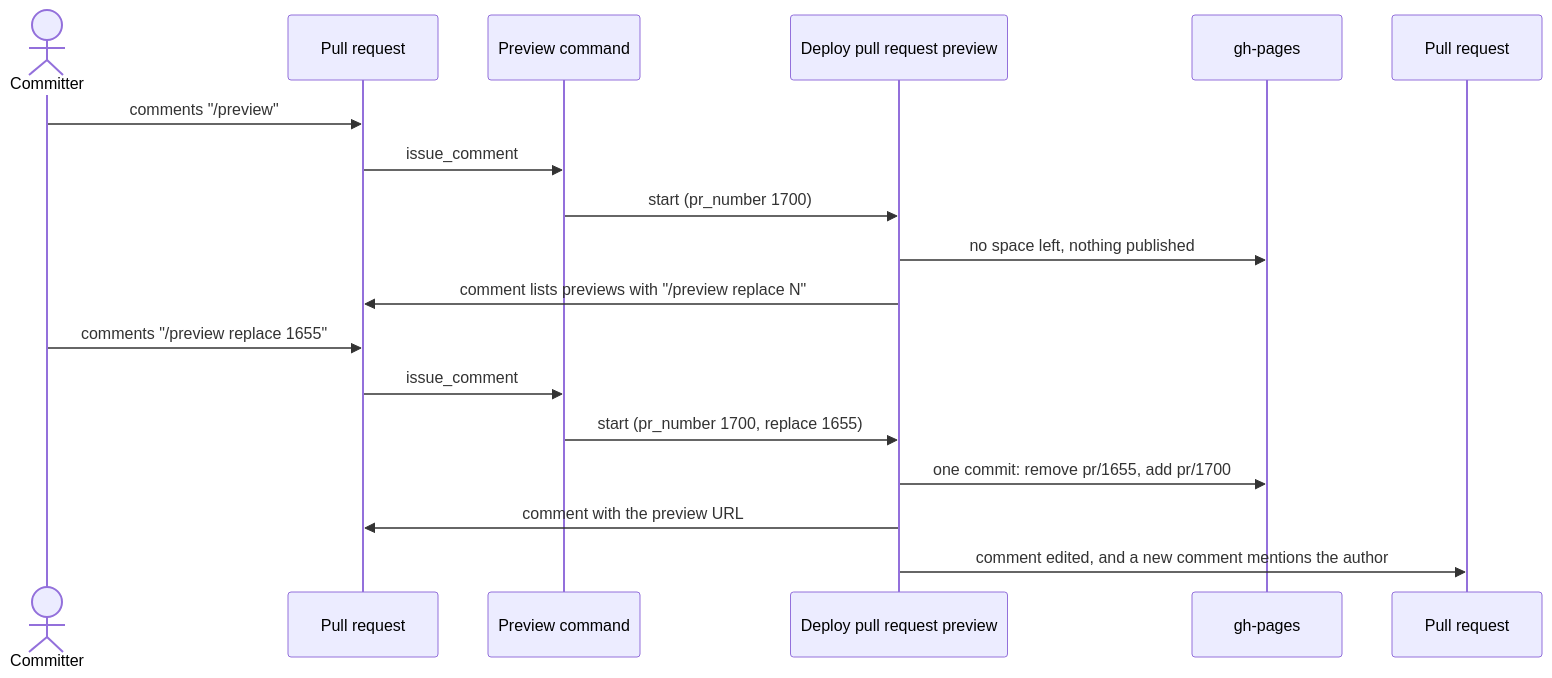
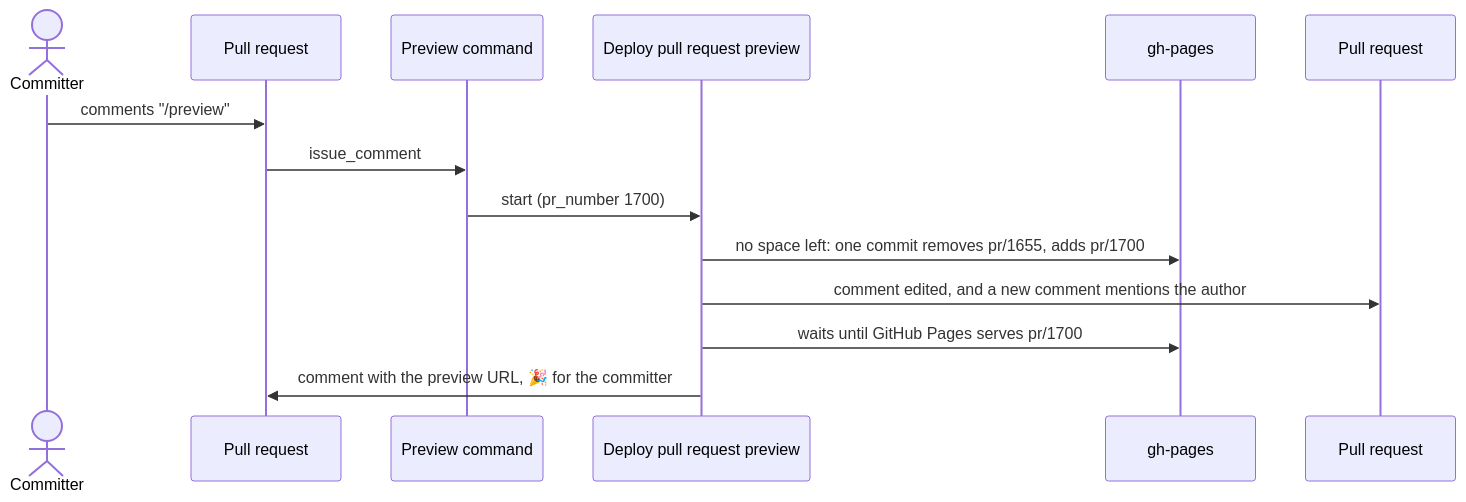
Before and after one commit to eclipse-tractusx/eclipse-tractusx.github.io: the third of 5 diagrams in .github/workflows/README.md, drawn with Mermaid. The commit also changed other lines of this file and 4 other files, not shown here.

First line of the commit message:
feat(preview): the newest preview takes the space, and is verified online

````diff
--- a/.github/workflows/README.md
+++ b/.github/workflows/README.md
@@ -108,20 +109,16 @@
 ```mermaid
 sequenceDiagram
     actor C as Committer
     participant PR as Pull request #1700
     participant Cmd as Preview command
     participant Dep as Deploy pull request preview
     participant GP as gh-pages
-    participant Old as Pull request #1655
+    participant Old as Pull request #1655 (oldest preview)
     C->>PR: comments "/preview"
     PR->>Cmd: issue_comment
     Cmd->>Dep: start (pr_number 1700)
-    Dep->>GP: no space left, nothing published
-    Dep->>PR: comment lists previews with "/preview replace N"
-    C->>PR: comments "/preview replace 1655"
-    PR->>Cmd: issue_comment
-    Cmd->>Dep: start (pr_number 1700, replace 1655)
-    Dep->>GP: one commit: remove pr/1655, add pr/1700
-    Dep->>PR: comment with the preview URL
+    Dep->>GP: no space left: one commit removes pr/1655, adds pr/1700
     Dep->>Old: comment edited, and a new comment mentions the author
+    Dep->>GP: waits until GitHub Pages serves pr/1700
+    Dep->>PR: comment with the preview URL, 🎉 for the committer
 ```
````
